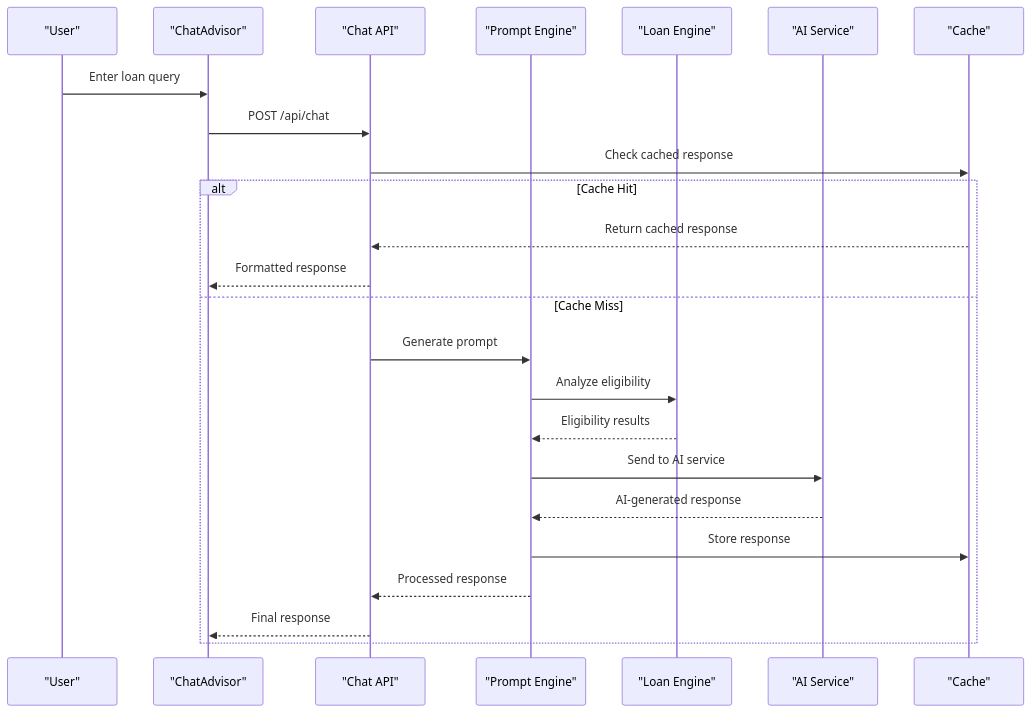
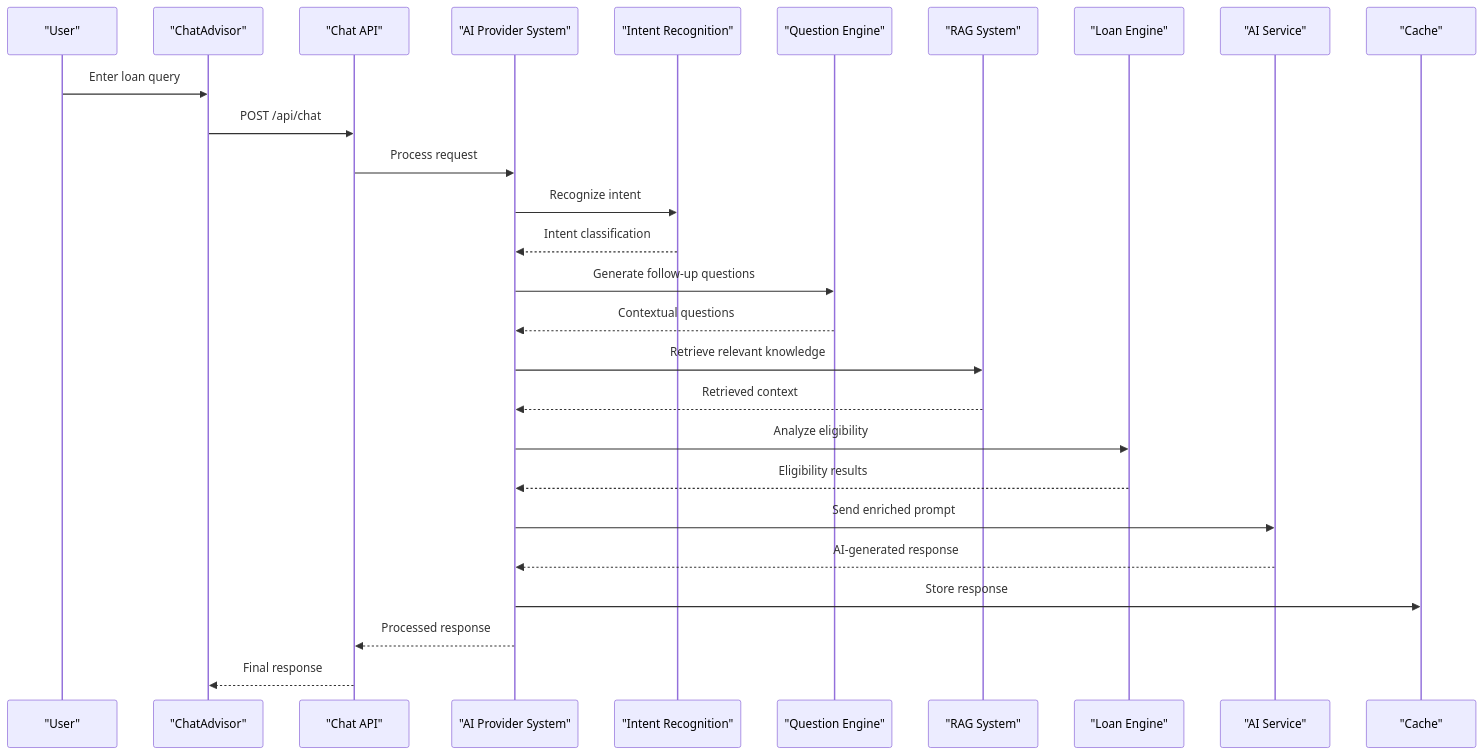
The second of 8 diagrams in .qoder/repowiki/en/content/Chat Interface/AI Processing Engine.md (alibaba-hackathon-fsi/frontend-vaya), drawn with Mermaid before and after one commit. The commit also changed other lines of this file and 77 other files, not shown here.

````diff
--- a/.qoder/repowiki/en/content/Chat Interface/AI Processing Engine.md
+++ b/.qoder/repowiki/en/content/Chat Interface/AI Processing Engine.md
@@ -108,26 +137,29 @@
 ```mermaid
 sequenceDiagram
 participant User as "User"
 participant UI as "ChatAdvisor"
 participant ChatAPI as "Chat API"
-participant PromptEng as "Prompt Engine"
+participant ProviderSys as "AI Provider System"
+participant IntentEng as "Intent Recognition"
+participant QuestionEng as "Question Engine"
+participant RAG as "RAG System"
 participant LoanEng as "Loan Engine"
 participant AISvc as "AI Service"
 participant Cache as "Cache"
 User->>UI : Enter loan query
 UI->>ChatAPI : POST /api/chat
-ChatAPI->>Cache : Check cached response
-alt Cache Hit
-Cache-->>ChatAPI : Return cached response
-ChatAPI-->>UI : Formatted response
-else Cache Miss
-ChatAPI->>PromptEng : Generate prompt
-PromptEng->>LoanEng : Analyze eligibility
-LoanEng-->>PromptEng : Eligibility results
-PromptEng->>AISvc : Send to AI service
-AISvc-->>PromptEng : AI-generated response
-PromptEng->>Cache : Store response
-PromptEng-->>ChatAPI : Processed response
+ChatAPI->>ProviderSys : Process request
+ProviderSys->>IntentEng : Recognize intent
+IntentEng-->>ProviderSys : Intent classification
+ProviderSys->>QuestionEng : Generate follow-up questions
+QuestionEng-->>ProviderSys : Contextual questions
+ProviderSys->>RAG : Retrieve relevant knowledge
+RAG-->>ProviderSys : Retrieved context
+ProviderSys->>LoanEng : Analyze eligibility
+LoanEng-->>ProviderSys : Eligibility results
+ProviderSys->>AISvc : Send enriched prompt
+AISvc-->>ProviderSys : AI-generated response
+ProviderSys->>Cache : Store response
+ProviderSys-->>ChatAPI : Processed response
 ChatAPI-->>UI : Final response
-end
 ```
````
